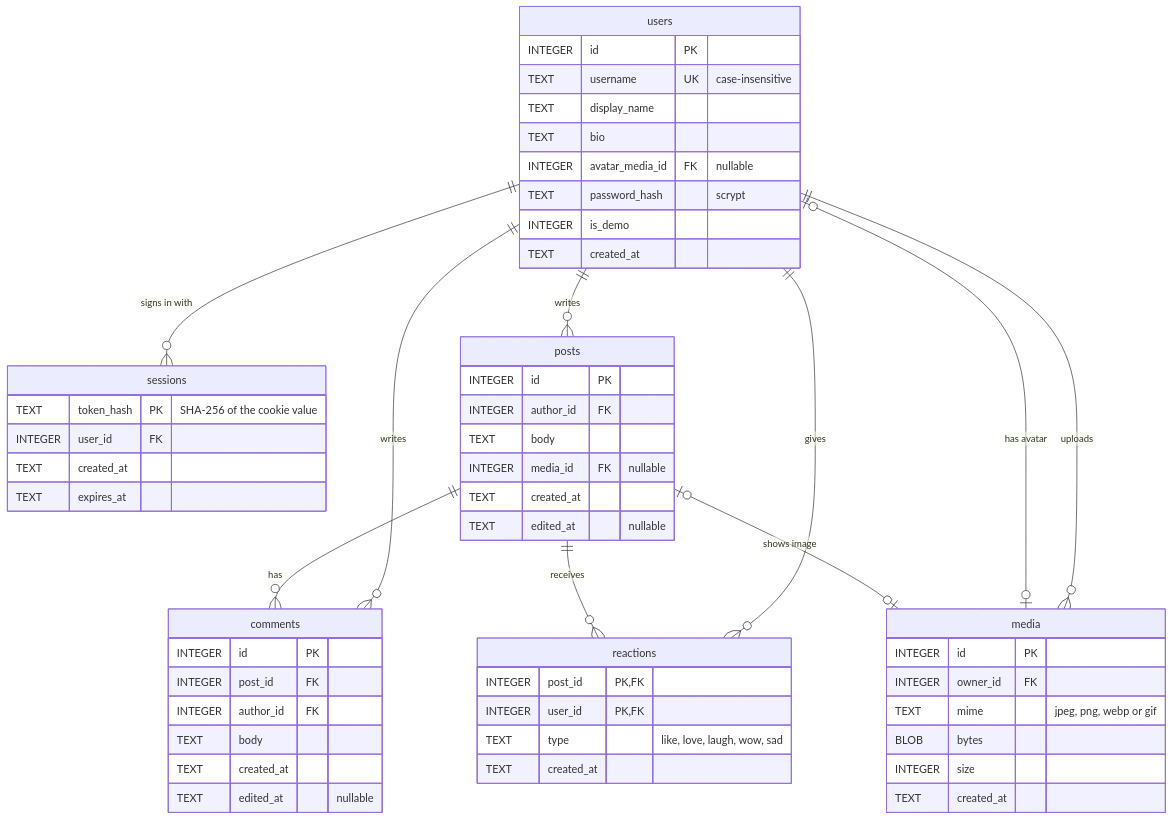
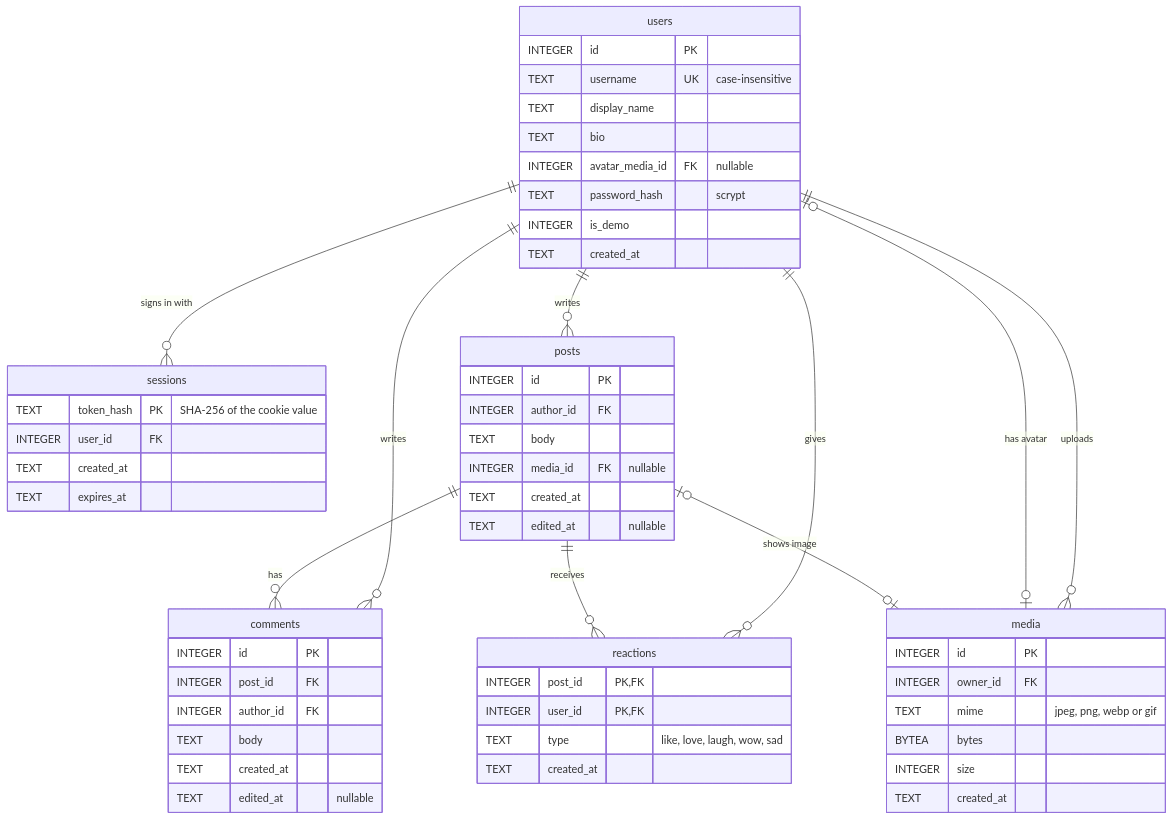
Before and after one commit to ziad3no/zocial-social-platform: the diagram in docs/database.md, drawn with Mermaid. The commit also changed other lines of this file and 5 other files, not shown here.

````diff
--- a/docs/database.md
+++ b/docs/database.md
@@ -7,59 +7,59 @@
 ```mermaid
 erDiagram
   users ||--o{ sessions : "signs in with"
   users ||--o{ posts : writes
   users ||--o{ comments : writes
   users ||--o{ reactions : gives
   users ||--o{ media : uploads
   users |o--o| media : "has avatar"
   posts ||--o{ comments : has
   posts ||--o{ reactions : receives
   posts |o--o| media : "shows image"
 
   users {
     INTEGER id PK
     TEXT username UK "case-insensitive"
     TEXT display_name
     TEXT bio
     INTEGER avatar_media_id FK "nullable"
     TEXT password_hash "scrypt"
     INTEGER is_demo
     TEXT created_at
   }
   sessions {
     TEXT token_hash PK "SHA-256 of the cookie value"
     INTEGER user_id FK
     TEXT created_at
     TEXT expires_at
   }
   media {
     INTEGER id PK
     INTEGER owner_id FK
     TEXT mime "jpeg, png, webp or gif"
-    BLOB bytes
+    BYTEA bytes
     INTEGER size
     TEXT created_at
   }
   posts {
     INTEGER id PK
     INTEGER author_id FK
     TEXT body
     INTEGER media_id FK "nullable"
     TEXT created_at
     TEXT edited_at "nullable"
   }
   comments {
     INTEGER id PK
     INTEGER post_id FK
     INTEGER author_id FK
     TEXT body
     TEXT created_at
     TEXT edited_at "nullable"
   }
   reactions {
     INTEGER post_id PK,FK
     INTEGER user_id PK,FK
     TEXT type "like, love, laugh, wow, sad"
     TEXT created_at
   }
 ```
````
